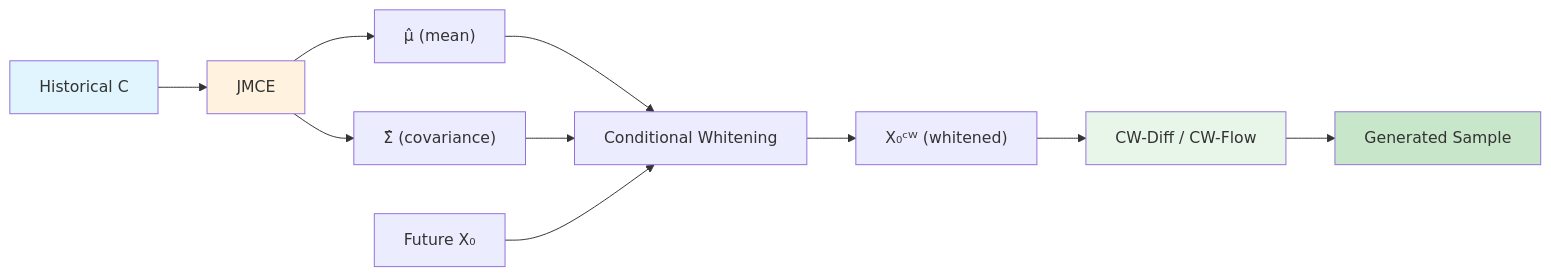
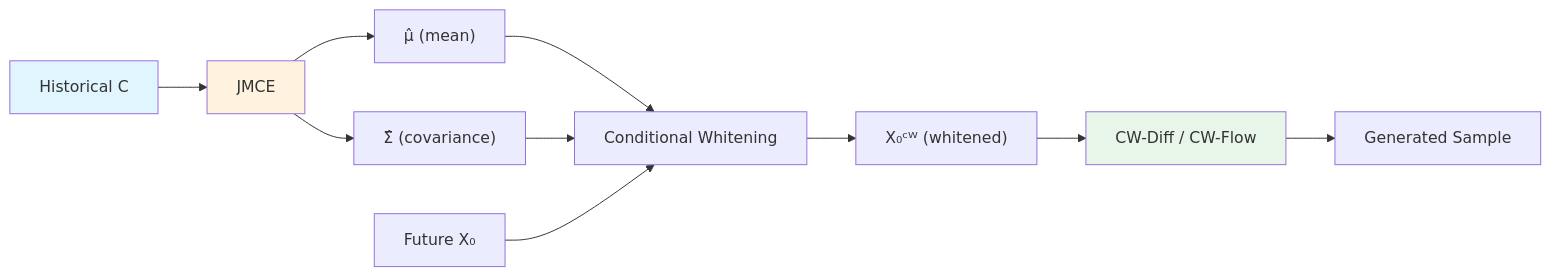
Before and after one commit to eightmm/eightmm.github.io: the diagram in _posts/2026-02-19-conditionally-whitened-generative-models-time-series.md, drawn with Mermaid. The commit also changed other lines of this file and 4 other files, not shown here.

````diff
--- a/_posts/2026-02-19-conditionally-whitened-generative-models-time-series.md
+++ b/_posts/2026-02-19-conditionally-whitened-generative-models-time-series.md
@@ -36,17 +207,16 @@
 ```mermaid
 graph LR
     C[Historical C] --> JMCE[JMCE]
     JMCE --> MU["μ̂ (mean)"]
     JMCE --> SIG["Σ̂ (covariance)"]
     MU --> CW[Conditional Whitening]
     SIG --> CW
     X0[Future X₀] --> CW
     CW --> XCW["X₀ᶜᵂ (whitened)"]
     XCW --> GEN["CW-Diff / CW-Flow"]
     GEN --> SAMPLE[Generated Sample]
 
     style C fill:#e1f5fe
     style JMCE fill:#fff3e0
     style GEN fill:#e8f5e9
-    style SAMPLE fill:#c8e6c9
 ```
````
